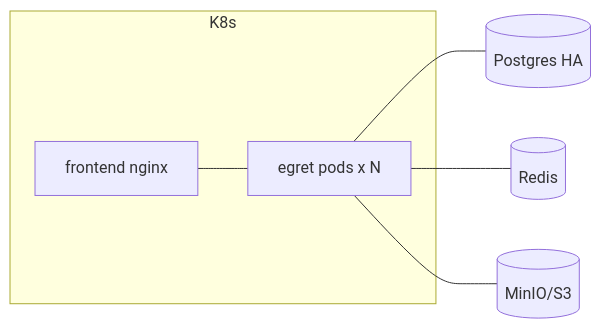
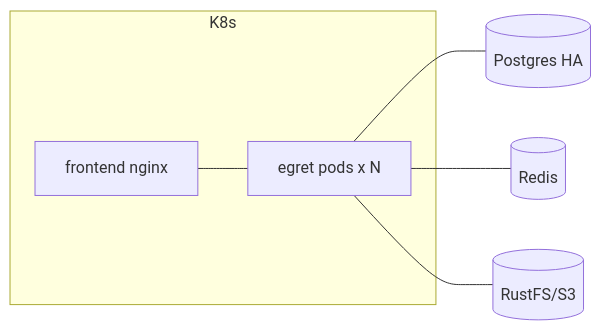
The third of 12 diagrams in docs/en/architecture/2026-06-17-egret-architecture-design.md (egret-data/platform), drawn with Mermaid before and after one commit. The commit also changed other lines of this file and 58 other files, not shown here.

First line of the commit message:
chore: rename MinIO to RustFS everywhere the stack is live

````diff
--- a/docs/en/architecture/2026-06-17-egret-architecture-design.md
+++ b/docs/en/architecture/2026-06-17-egret-architecture-design.md
@@ -209,14 +209,14 @@
 ```mermaid
 graph LR
   subgraph K8s
     EGP[egret pods x N]
     FE[frontend nginx]
   end
   PG[(Postgres HA)]
   RD[(Redis)]
-  MINIO[(MinIO/S3)]
+  RUSTFS[(RustFS/S3)]
   EGP --- PG
   EGP --- RD
-  EGP --- MINIO
+  EGP --- RUSTFS
   FE --- EGP
 ```
````
